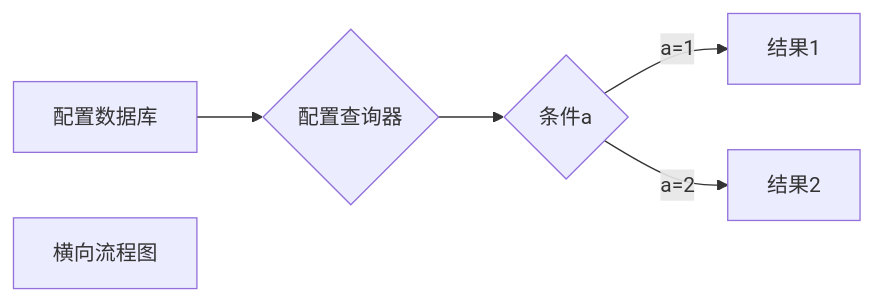
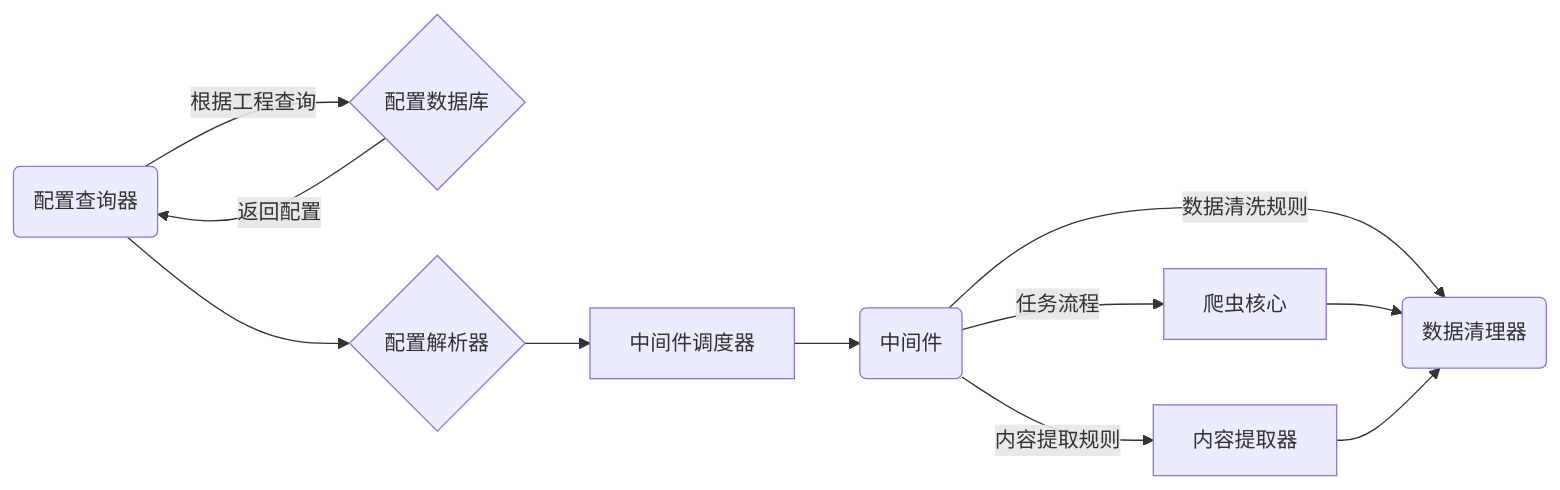
One commit to SukeBann/SimpleSpider changed the diagram in SimpleSpiderApi/DevelopmentOfTheDocument.md. Above: the diagram before and after it, drawn with Mermaid. The commit also changed other lines of this file and 8 other files, not shown here.

````diff
--- a/SimpleSpiderApi/DevelopmentOfTheDocument.md
+++ b/SimpleSpiderApi/DevelopmentOfTheDocument.md
@@ -35,8 +56,11 @@
 ```mermaid
 graph LR
-A[配置数据库] -->B{配置查询器}
-    B --> C{条件a}
-    C -->|a=1| D[结果1]
-    C -->|a=2| E[结果2]
-    F[横向流程图]
+B(配置查询器) -->|根据工程查询|A{配置数据库}-->|返回配置| B
+    B --> C{配置解析器} --> D[中间件调度器]
+    D --> H(中间件)
+    H -->|任务流程| E[爬虫核心]
+    H -->|内容提取规则| F[内容提取器]
+    H -->|数据清洗规则| G(数据清理器)
+    E --> G
+    F --> G
 ```
````
